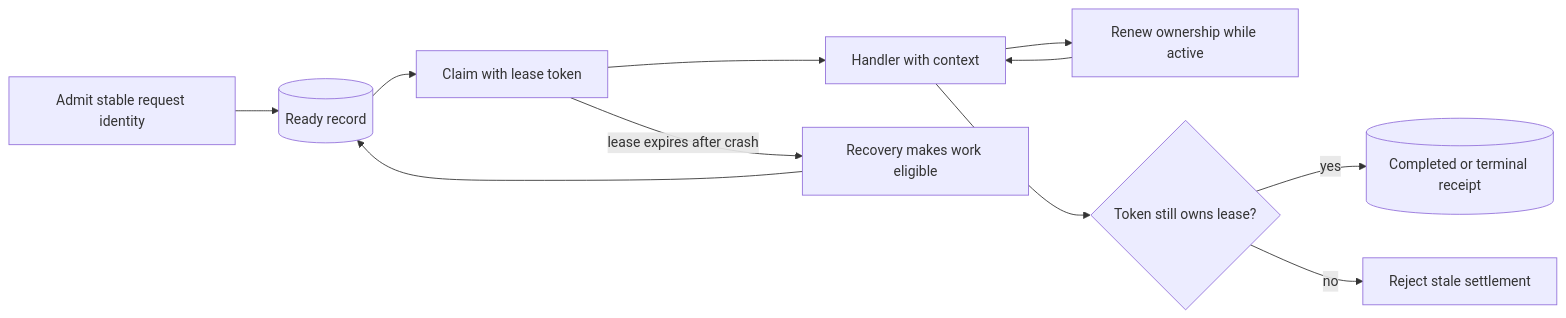
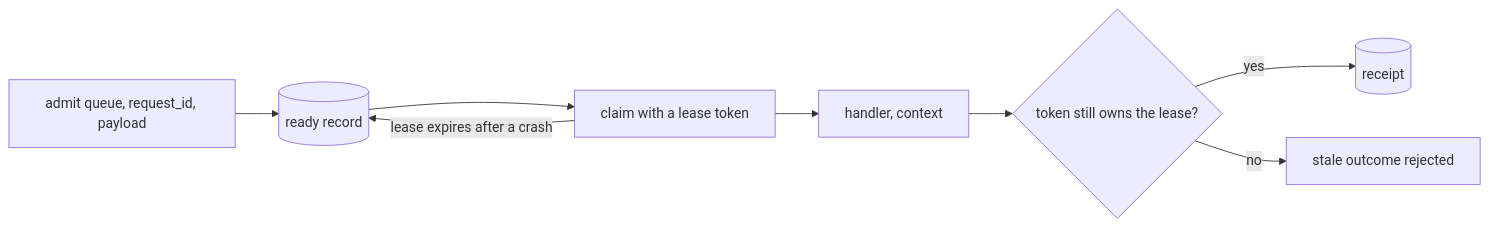
One commit to azutoolkit/joobq changed the diagram in docs/explanation/delivery.md. Above: the diagram before and after it, drawn with Mermaid. The commit also changed other lines of this file and 38 other files, not shown here.

````diff
--- a/docs/explanation/delivery.md
+++ b/docs/explanation/delivery.md
@@ -13,13 +19,10 @@
 ```mermaid
 flowchart LR
-  Admit[Admit stable request identity] --> Ready[(Ready record)]
-  Ready --> Claim[Claim with lease token]
-  Claim --> Handler[Handler with context]
-  Handler --> Renew[Renew ownership while active]
-  Renew --> Handler
-  Handler --> Settle{Token still owns lease?}
-  Settle -->|yes| Receipt[(Completed or terminal receipt)]
-  Settle -->|no| Reject[Reject stale settlement]
-  Claim -->|lease expires after crash| Recover[Recovery makes work eligible]
-  Recover --> Ready
+  Admit[admit queue, request_id, payload] --> Ready[(ready record)]
+  Ready --> Claim[claim with a lease token]
+  Claim --> Handler[handler, context]
+  Handler --> Settle{token still owns the lease?}
+  Settle -->|yes| Receipt[(receipt)]
+  Settle -->|no| Stale[stale outcome rejected]
+  Claim -->|lease expires after a crash| Ready
 ```
````
